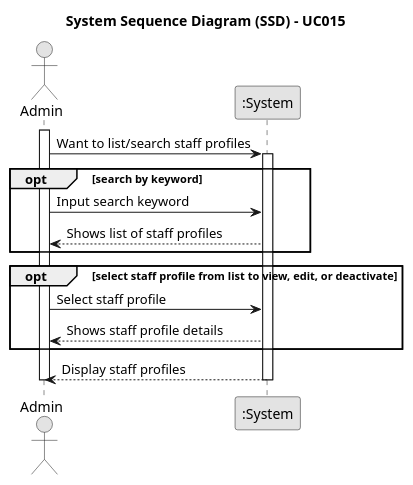
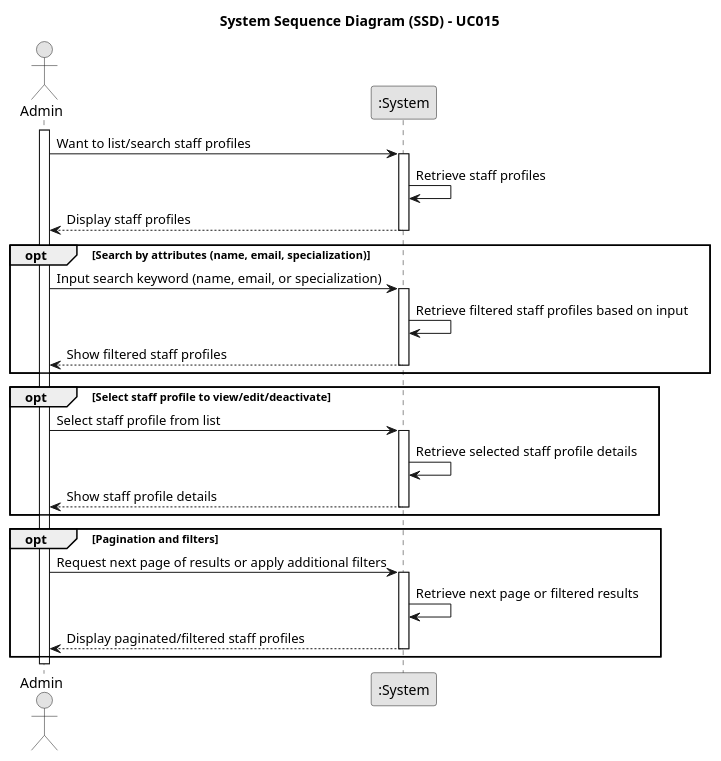
One commit to 1221124/sem5pi-24-25-g031 changed the diagram in docs/SprintA/UseCases/UC015/01.requirements-engineering/puml/uc015-system-sequence-diagram.puml. Above: the diagram before and after it, drawn with PlantUML. The commit also changed 1 other file, not shown here.

Commit message:
#17 UC015: Sequence diagram updated
Requirements engineering folder updated

```diff
--- a/docs/SprintA/UseCases/UC015/01.requirements-engineering/puml/uc015-system-sequence-diagram.puml
+++ b/docs/SprintA/UseCases/UC015/01.requirements-engineering/puml/uc015-system-sequence-diagram.puml
@@ -1,38 +1,65 @@
 @startuml
 skinparam monochrome true
 skinparam packageStyle rectangle
 skinparam shadowing false
 
 title System Sequence Diagram (SSD) - UC015
 actor Admin as Admin
 participant ":System" as System
 
 activate Admin
 
     Admin -> System: Want to list/search staff profiles
+    
+    activate System
+
+        System -> System: Retrieve staff profiles
+
+        System --> Admin: Display staff profiles
+
+    deactivate System
+
+    opt Search by attributes (name, email, specialization)
+
+        Admin -> System: Input search keyword (name, email, or specialization)
 
     activate System
 
-    opt search by keyword
+        System -> System: Retrieve filtered staff profiles based on input
 
-        Admin -> System: Input search keyword
+        System --> Admin: Show filtered staff profiles
 
-        System --> Admin: Shows list of staff profiles
+    deactivate System
 
     end
 
-    opt select staff profile from list to view, edit, or deactivate
+    opt Select staff profile to view/edit/deactivate
+        
+        Admin -> System: Select staff profile from list
 
-        Admin -> System: Select staff profile
+        activate System
 
-        System --> Admin: Shows staff profile details
+            System -> System: Retrieve selected staff profile details
+
+            System --> Admin: Show staff profile details
+
+        deactivate System
+        
+    end
+
+    opt Pagination and filters
+        Admin -> System: Request next page of results or apply additional filters
+
+        activate System
+
+            System -> System: Retrieve next page or filtered results
+
+            System --> Admin: Display paginated/filtered staff profiles
+
+        deactivate System
 
     end
-
-        System --> Admin: Display staff profiles
-    
-    deactivate System
 
 deactivate Admin
 
 @enduml
```
